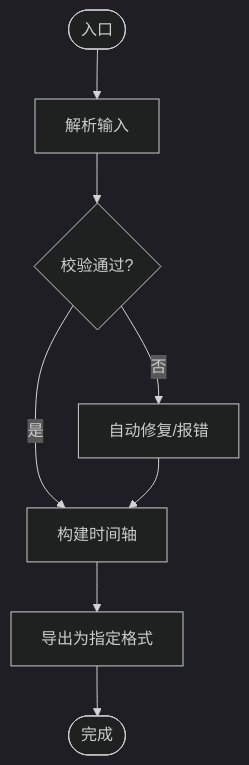
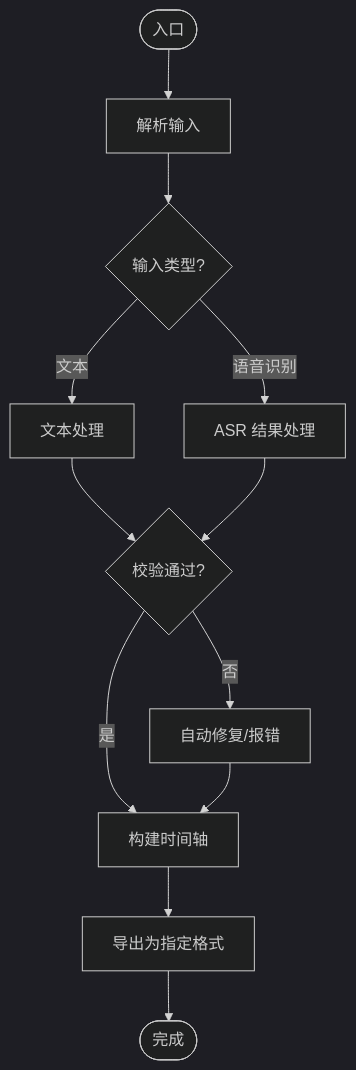
One commit to AIMFllyYS/code-video-canvas changed the fourth of 9 diagrams in .qoder/repowiki/zh/content/核心功能模块/音频处理/音频处理.md. Above: the diagram before and after it, drawn with Mermaid (dark theme). The commit also changed other lines of this file and 47 other files, not shown here.

````diff
--- a/.qoder/repowiki/zh/content/核心功能模块/音频处理/音频处理.md
+++ b/.qoder/repowiki/zh/content/核心功能模块/音频处理/音频处理.md
@@ -188,10 +224,14 @@
 ```mermaid
 flowchart TD
 Start(["入口"]) --> Parse["解析输入"]
-Parse --> Validate{"校验通过?"}
+Parse --> Type{"输入类型?"}
+Type --> |文本| TextProcess["文本处理"]
+Type --> |语音识别| ASRProcess["ASR 结果处理"]
+TextProcess --> Validate{"校验通过?"}
+ASRProcess --> Validate
 Validate --> |否| Fix["自动修复/报错"]
 Validate --> |是| Build["构建时间轴"]
 Build --> Export["导出为指定格式"]
 Export --> End(["完成"])
 Fix --> Build
 ```
````
